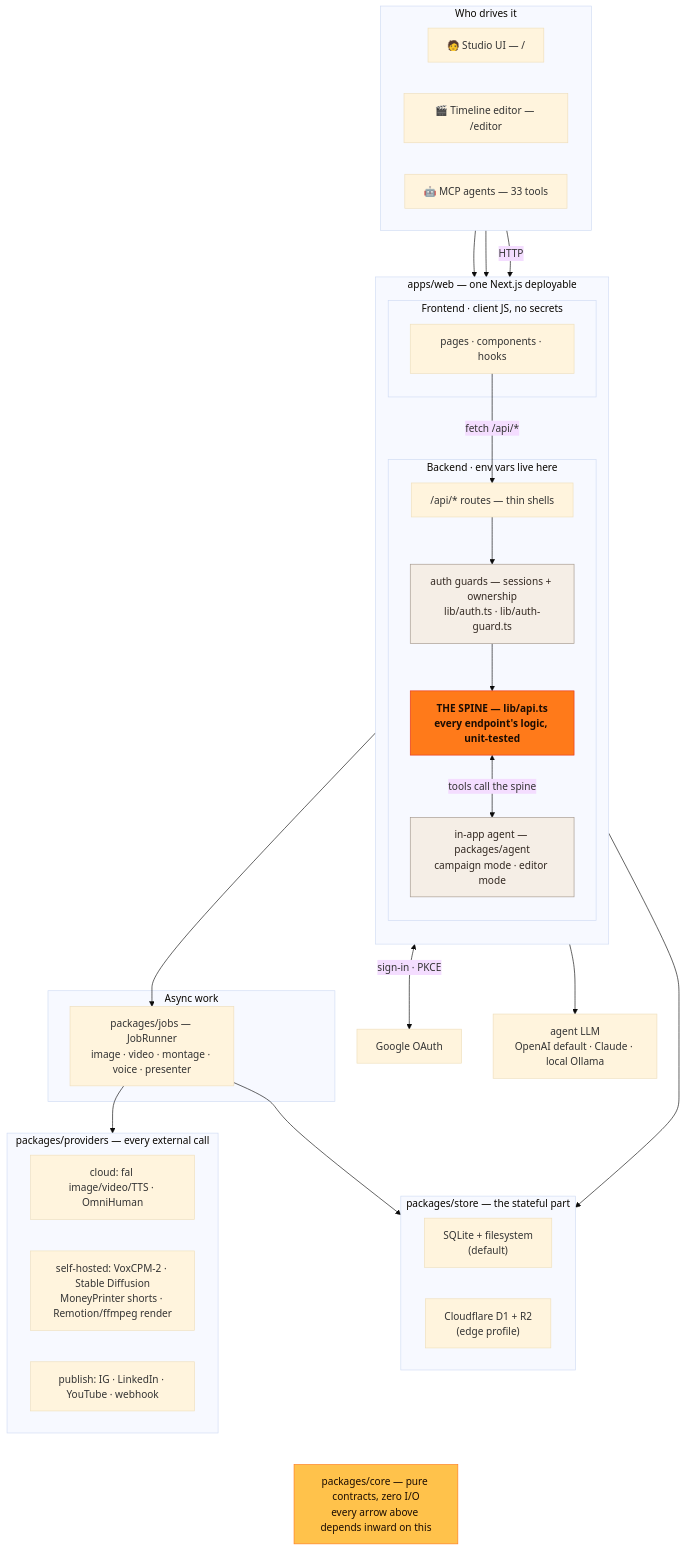
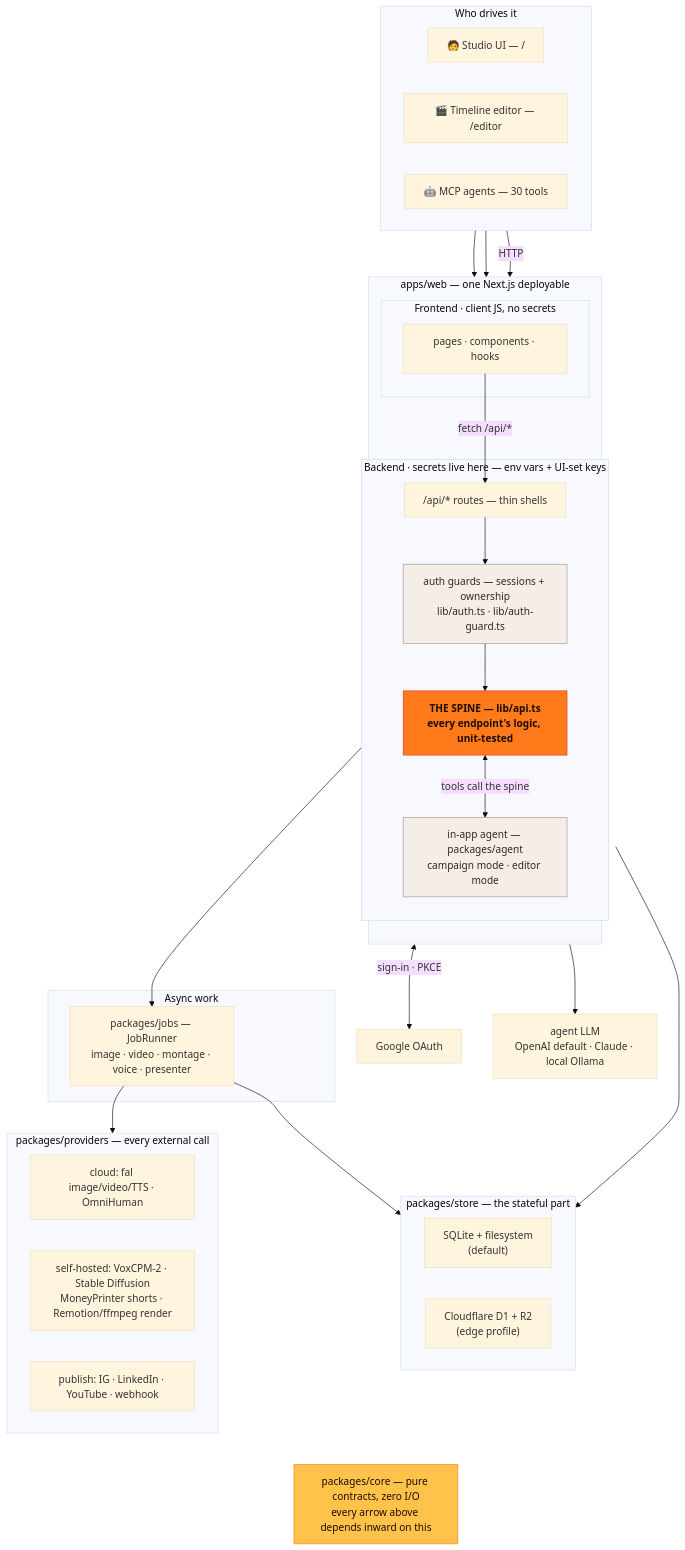
The diagram in README.md (Baxter-Labs/forgecast), drawn with Mermaid (base theme) before and after one commit. The commit also changed other lines of this file, not shown here.

First line of the commit message:
docs(readme): production map + diagram catch up with BYO keys; true MCP count

````diff
--- a/README.md
+++ b/README.md
@@ -75,68 +75,68 @@
 ```mermaid
 flowchart TB
     subgraph clients["Who drives it"]
         direction LR
         studio["🧑 Studio UI — /"]
         editor["🎬 Timeline editor — /editor"]
-        mcp["🤖 MCP agents — 33 tools"]
+        mcp["🤖 MCP agents — 30 tools"]
     end
 
     subgraph web["apps/web — one Next.js deployable"]
         direction TB
         subgraph frontend["Frontend · client JS, no secrets"]
             pages["pages · components · hooks"]
         end
-        subgraph backend["Backend · env vars live here"]
+        subgraph backend["Backend · secrets live here — env vars + UI-set keys"]
             routes["/api/* routes — thin shells"]
             guards["auth guards — sessions + ownership<br/>lib/auth.ts · lib/auth-guard.ts"]
             spine["THE SPINE — lib/api.ts<br/>every endpoint's logic, unit-tested"]
             agentBrain["in-app agent — packages/agent<br/>campaign mode · editor mode"]
         end
     end
 
     google["Google OAuth"]
 
     subgraph engine["Async work"]
         jobsEngine["packages/jobs — JobRunner<br/>image · video · montage · voice · presenter"]
     end
 
     subgraph adapters["packages/providers — every external call"]
         cloud["cloud: fal image/video/TTS · OmniHuman"]
         oss["self-hosted: VoxCPM-2 · Stable Diffusion<br/>MoneyPrinter shorts · Remotion/ffmpeg render"]
         publish["publish: IG · LinkedIn · YouTube · webhook"]
     end
 
     llm["agent LLM<br/>OpenAI default · Claude · local Ollama"]
 
     subgraph storage["packages/store — the stateful part"]
         direction LR
         sqlite["SQLite + filesystem<br/>(default)"]
         d1["Cloudflare D1 + R2<br/>(edge profile)"]
     end
 
     core["packages/core — pure contracts, zero I/O<br/>every arrow above depends inward on this"]
 
     studio --> pages
     editor --> pages
     pages -->|"fetch /api/*"| routes
     mcp -->|HTTP| routes
     routes --> guards
     guards <-->|"sign-in · PKCE"| google
     guards --> spine
     spine --> jobsEngine
     spine <-->|"tools call the spine"| agentBrain
     agentBrain --> llm
     jobsEngine --> adapters
     spine --> storage
     jobsEngine --> storage
 
     adapters ~~~ core
     storage ~~~ core
 
     classDef molten fill:#ff7a1a,stroke:#e5331b,color:#1a0c03,font-weight:bold
     classDef ember fill:#ffc24b,stroke:#ff7a1a,color:#1a0c03
     classDef quiet fill:#f5eee6,stroke:#a2968a,color:#322821
     class spine molten
     class core ember
     class guards,agentBrain quiet
 ```
````
